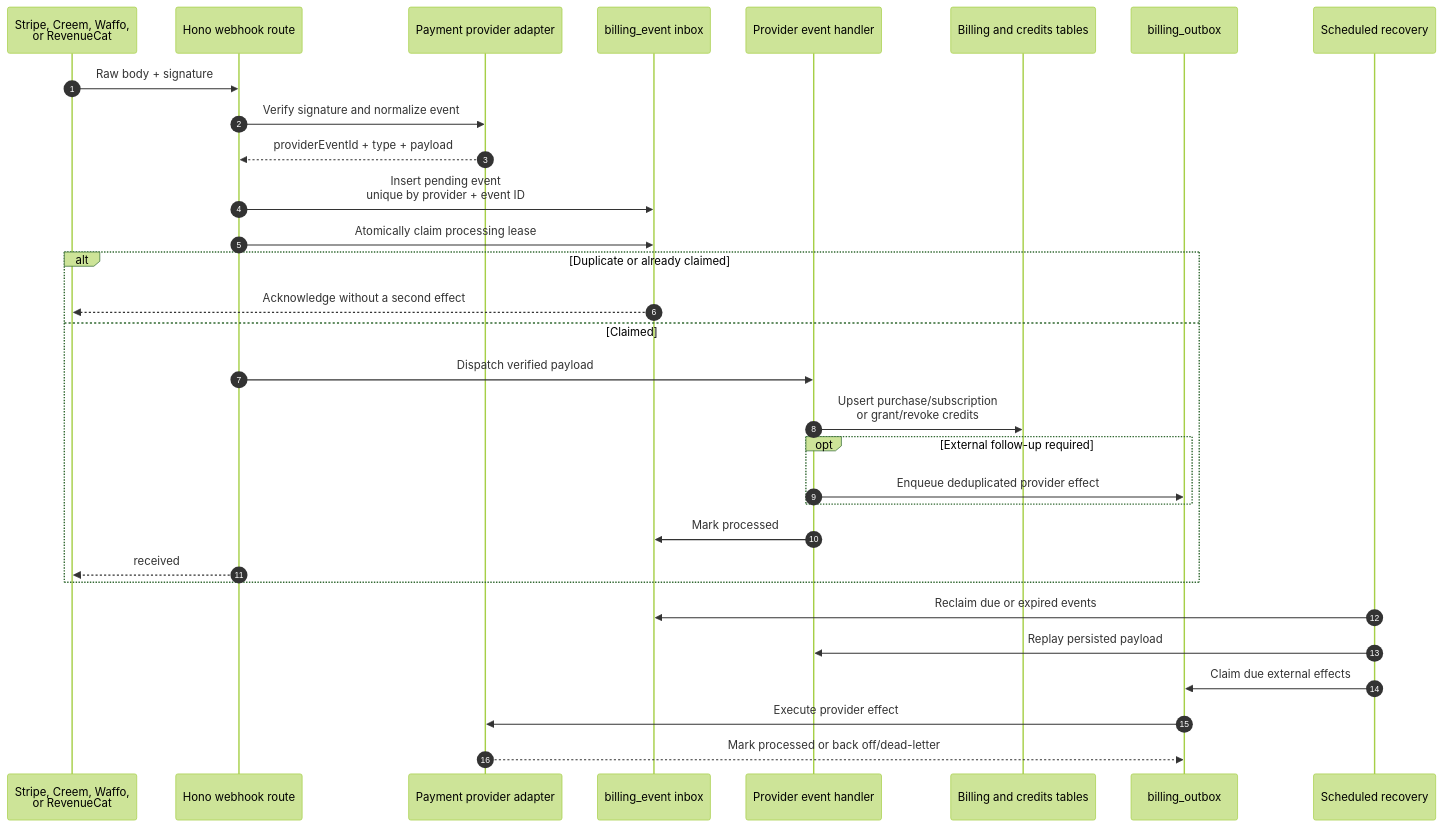
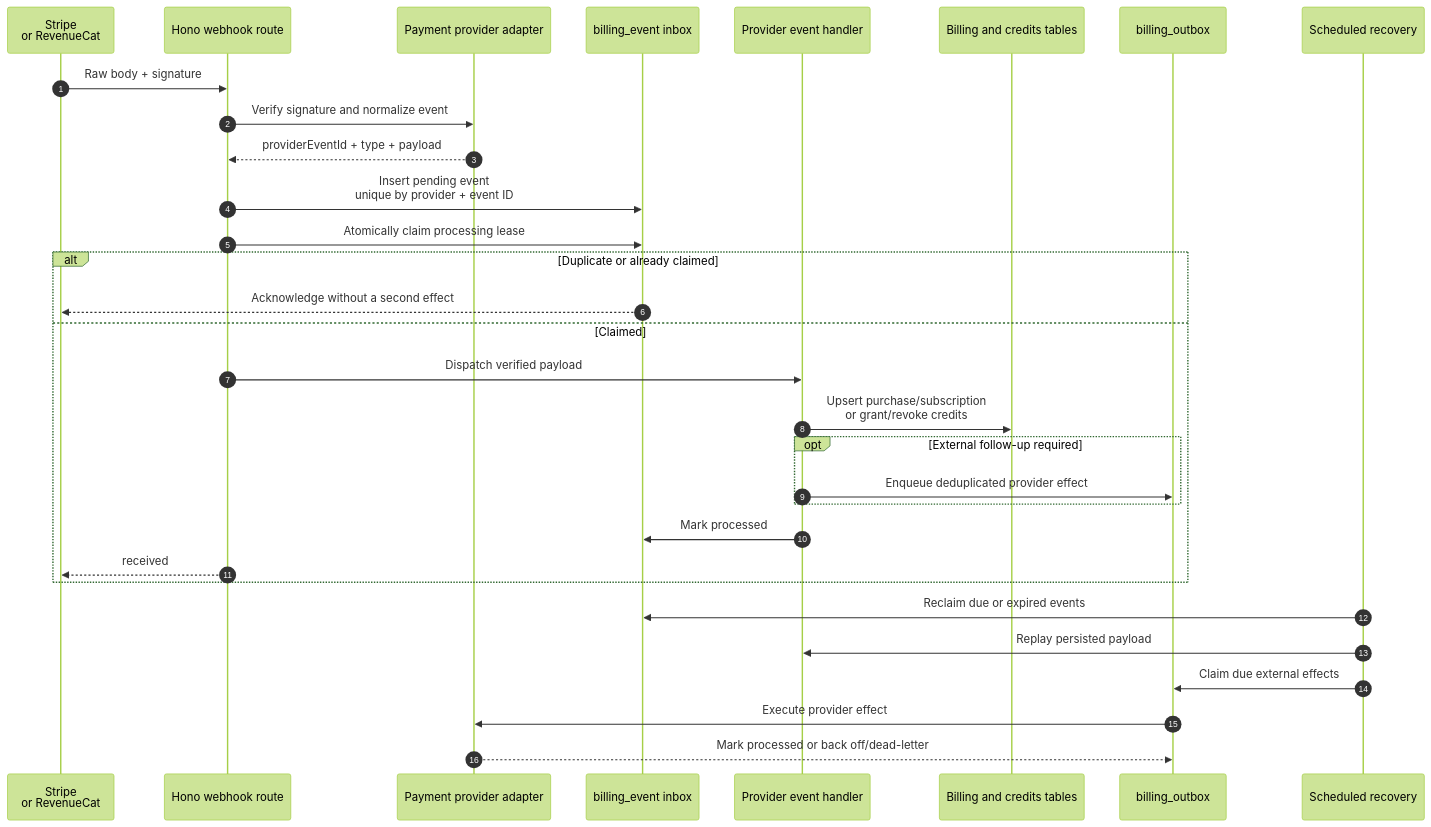
One commit to gt88domain/AIReceiptScanner changed the seventh of 11 diagrams in docs/architecture-map.md. Above: the diagram before and after it, drawn with Mermaid (forest theme). The commit also changed 16 other files, not shown here.

````diff
--- a/docs/architecture-map.md
+++ b/docs/architecture-map.md
@@ -272,35 +272,35 @@
 ```mermaid
 sequenceDiagram
   autonumber
-  participant Provider as Stripe, Creem, Waffo,<br/>or RevenueCat
+  participant Provider as Stripe<br/>or RevenueCat
   participant HTTP as Hono webhook route
   participant Adapter as Payment provider adapter
   participant Inbox as billing_event inbox
   participant Handler as Provider event handler
   participant Ledger as Billing and credits tables
   participant Outbox as billing_outbox
   participant Cron as Scheduled recovery
 
   Provider->>HTTP: Raw body + signature
   HTTP->>Adapter: Verify signature and normalize event
   Adapter-->>HTTP: providerEventId + type + payload
   HTTP->>Inbox: Insert pending event<br/>unique by provider + event ID
   HTTP->>Inbox: Atomically claim processing lease
   alt Duplicate or already claimed
     Inbox-->>Provider: Acknowledge without a second effect
   else Claimed
     HTTP->>Handler: Dispatch verified payload
     Handler->>Ledger: Upsert purchase/subscription<br/>or grant/revoke credits
     opt External follow-up required
       Handler->>Outbox: Enqueue deduplicated provider effect
     end
     Handler->>Inbox: Mark processed
     HTTP-->>Provider: received
   end
 
   Cron->>Inbox: Reclaim due or expired events
   Cron->>Handler: Replay persisted payload
   Cron->>Outbox: Claim due external effects
   Outbox->>Adapter: Execute provider effect
   Adapter-->>Outbox: Mark processed or back off/dead-letter
 ```
````
